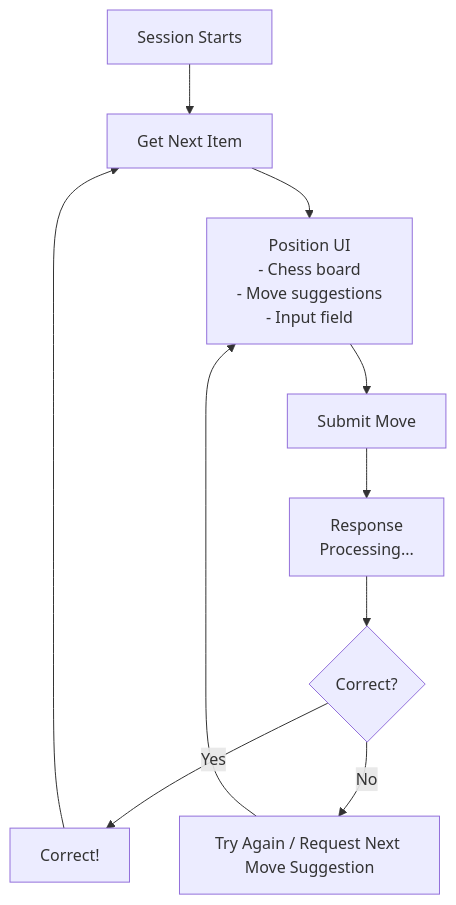
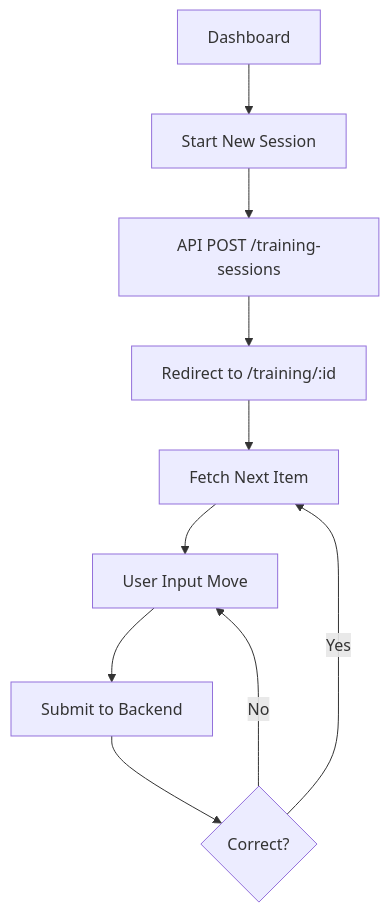
The second of 2 diagrams in frontend/README.md (coliver/chess-trainer), drawn with Mermaid before and after one commit. The commit also changed other lines of this file and 2 other files, not shown here.

Commit message:
docs: Add backend/README.md; Rework all READMEs

````diff
--- a/frontend/README.md
+++ b/frontend/README.md
@@ -83,12 +76,12 @@
 ```mermaid
 flowchart TD
-  A[Session Starts] --> B[Get Next Item]
-  B --> C[Position UI\n- Chess board\n- Move suggestions\n- Input field]
-  C --> D[Submit Move]
-  D --> E[Response\nProcessing...]
-  E --> F{Correct?}
-  F -- Yes --> G[Correct!]
-  G --> B
-  F -- No --> H[Try Again / Request Next Move Suggestion]
-  H --> C
+  A[Dashboard] --> B[Start New Session]
+  B --> C[API POST /training-sessions]
+  C --> D[Redirect to /training/:id]
+  D --> E[Fetch Next Item]
+  E --> F[User Input Move]
+  F --> G[Submit to Backend]
+  G --> H{Correct?}
+  H -- Yes --> E
+  H -- No --> F
 ```
````
